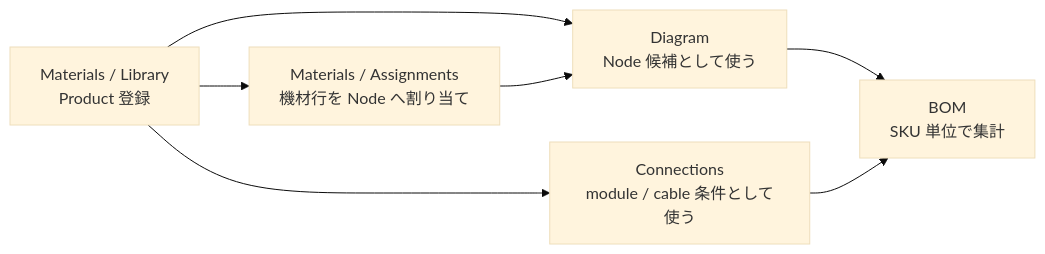
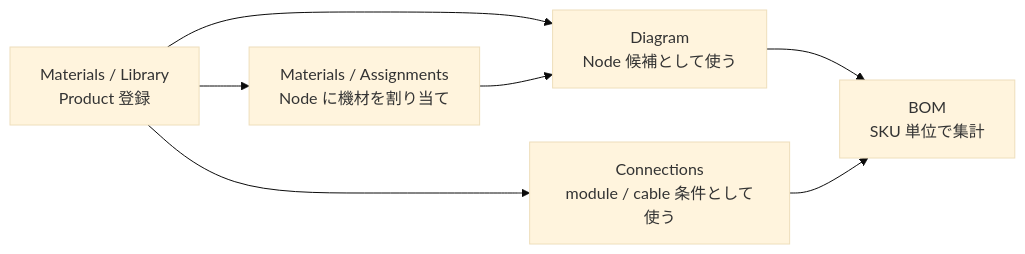
The fourth of 11 diagrams in apps/editor/docs/project-workflow-model.md (konoe-akitoshi/shumoku), drawn with Mermaid (base theme) before and after one commit. The commit also changed other lines of this file and 1 other file, not shown here.

Commit message:
feat(editor): make materials assignments node-first

````diff
--- a/apps/editor/docs/project-workflow-model.md
+++ b/apps/editor/docs/project-workflow-model.md
@@ -103,15 +103,15 @@
 ```mermaid
 flowchart LR
   M[Materials / Library<br/>Product 登録]
-  A[Materials / Assignments<br/>機材行を Node へ割り当て]
+  A[Materials / Assignments<br/>Node に機材を割り当て]
   D[Diagram<br/>Node 候補として使う]
   C[Connections<br/>module / cable 条件として使う]
   B[BOM<br/>SKU 単位で集計]
 
   M --> A
   M --> D
   M --> C
   A --> D
   D --> B
   C --> B
 ```
````
